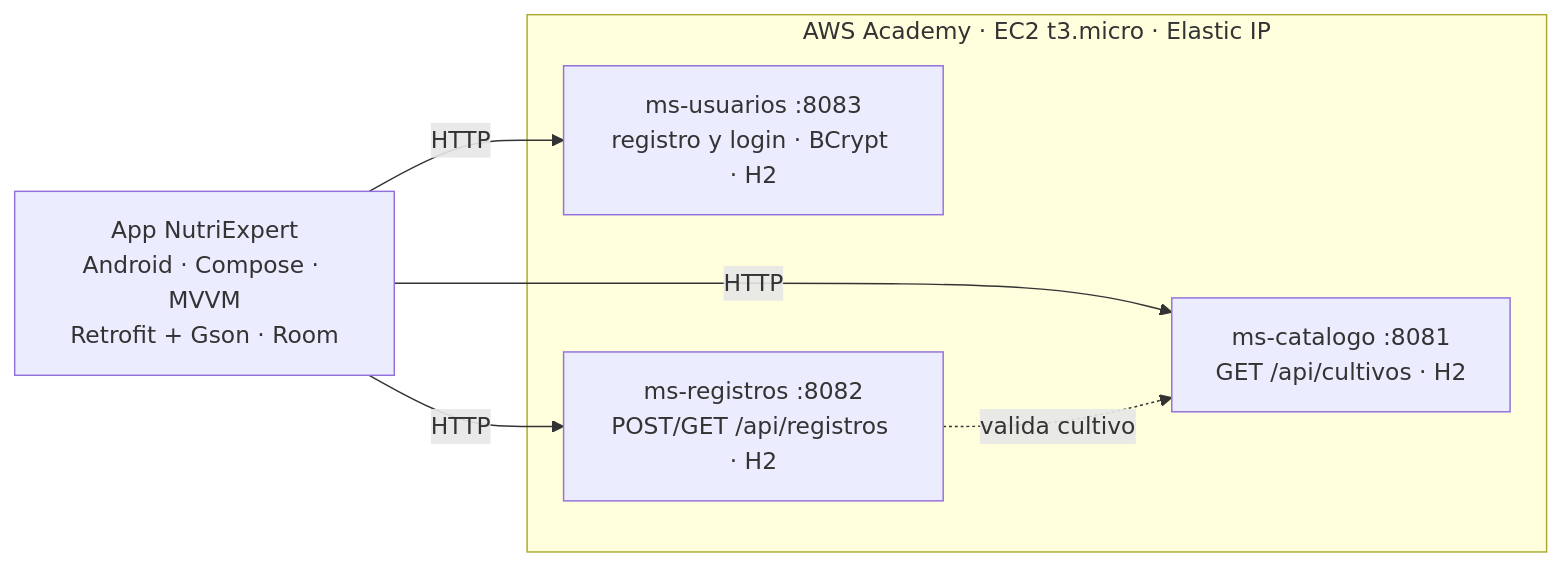
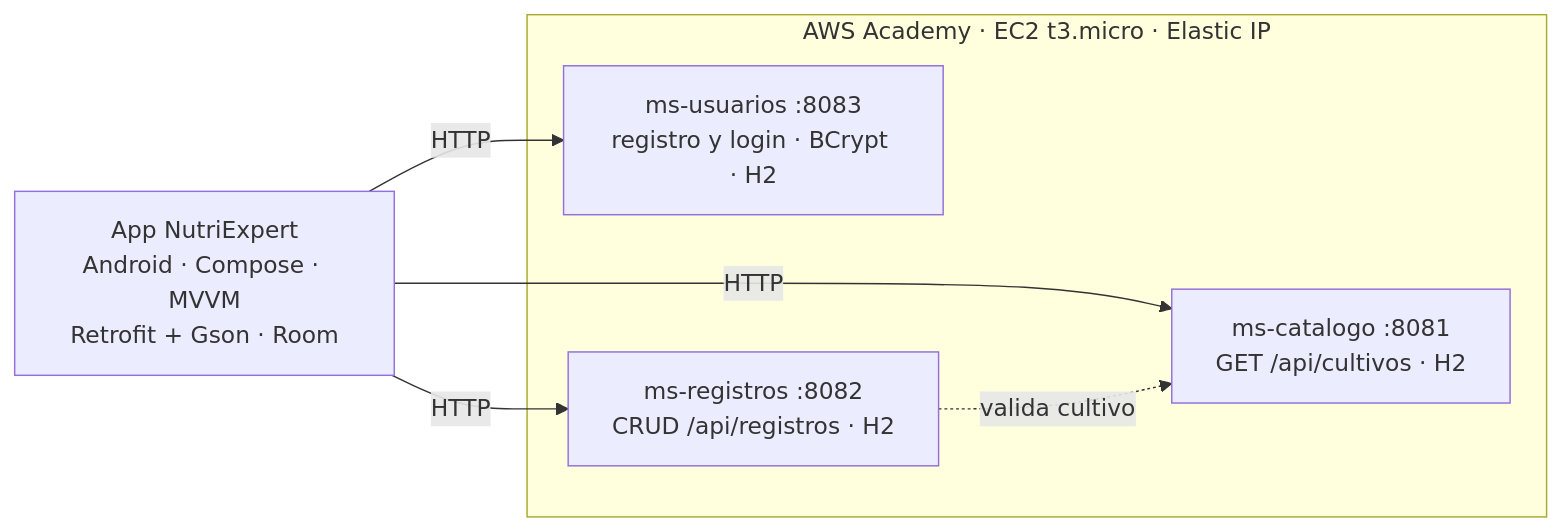
One commit to MagePower91/nutriexpert-backend changed the diagram in README.md. Above: the diagram before and after it, drawn with Mermaid. The commit also changed other lines of this file and 4 other files, not shown here.

Commit message:
PUT /api/registros/{id} para actualizar registros

````diff
--- a/README.md
+++ b/README.md
@@ -16,13 +16,13 @@
 ```mermaid
 flowchart LR
     App["App NutriExpert<br/>Android · Compose · MVVM<br/>Retrofit + Gson · Room"]
     subgraph EC2["AWS Academy · EC2 t3.micro · Elastic IP"]
         U["ms-usuarios :8083<br/>registro y login · BCrypt · H2"]
         C["ms-catalogo :8081<br/>GET /api/cultivos · H2"]
-        R["ms-registros :8082<br/>POST/GET /api/registros · H2"]
+        R["ms-registros :8082<br/>CRUD /api/registros · H2"]
     end
     App -- HTTP --> U
     App -- HTTP --> C
     App -- HTTP --> R
     R -. valida cultivo .-> C
 ```
````
